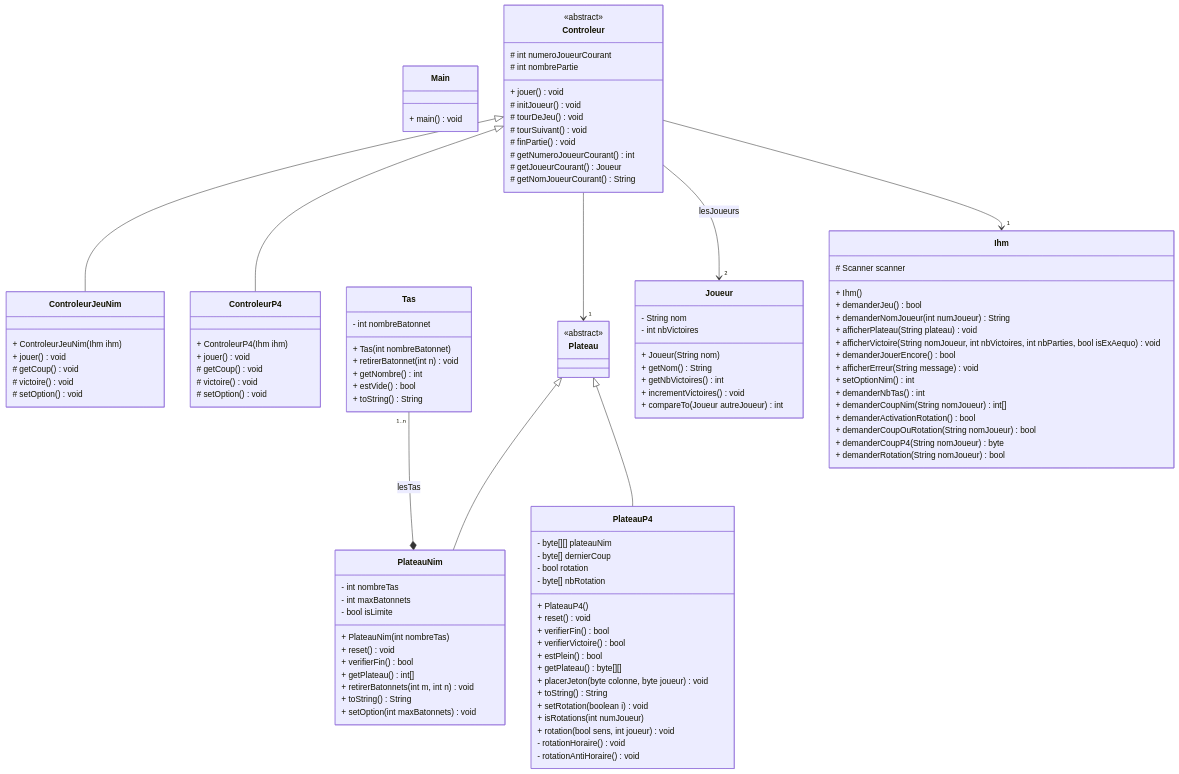
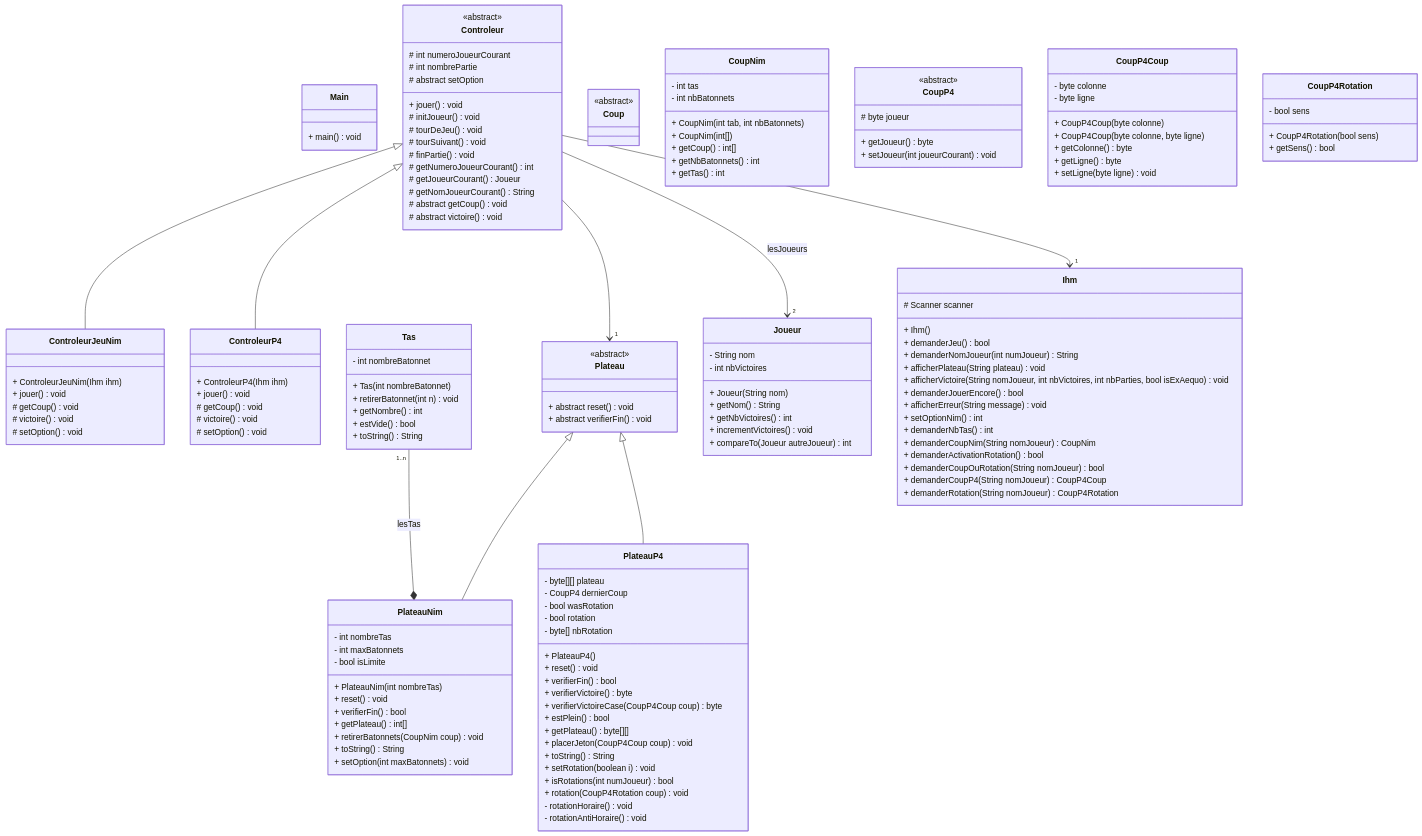
One commit to Kaawan-d20/CDA changed the second of 2 diagrams in Document/Iteration4/Iteration4.md. Above: the diagram before and after it, drawn with Mermaid. The commit also changed 10 other files, not shown here.

```diff
--- a/Document/Iteration4/Iteration4.md
+++ b/Document/Iteration4/Iteration4.md
@@ -215,10 +215,15 @@
         # getNumeroJoueurCourant() int
         # getJoueurCourant() Joueur
         # getNomJoueurCourant() String
+
+        # abstract getCoup() void
+        # abstract victoire() void
+        # abstract setOption
     }
 
     class ControleurJeuNim{
         + ControleurJeuNim(Ihm ihm)
+
         + jouer() void
         # getCoup() void
         # victoire() void
@@ -236,7 +241,11 @@
     Controleur <|-- ControleurJeuNim
     Controleur <|-- ControleurP4
 
-    class Plateau {<<abstract>>}
+    class Plateau {
+        <<abstract>>
+        + abstract reset() void
+        + abstract verifierFin() void
+    }
     class PlateauNim {
         - int nombreTas
         - int maxBatonnets
@@ -246,28 +255,30 @@
         + reset() void
         + verifierFin() bool
         + getPlateau() int[]
-        + retirerBatonnets(int m, int n) void
+        + retirerBatonnets(CoupNim coup) void
         + toString() String
         + setOption(int maxBatonnets) void
     }
 
     class PlateauP4 {
-        - byte[][] plateauNim
-        - byte[] dernierCoup
+        - byte[][] plateau
+        - CoupP4 dernierCoup
+        - bool wasRotation
         - bool rotation
         - byte[] nbRotation
 
         + PlateauP4()
         + reset() void
         + verifierFin() bool
-        + verifierVictoire() bool
+        + verifierVictoire() byte
+        + verifierVictoireCase(CoupP4Coup coup) byte
         + estPlein() bool
         + getPlateau() byte[][]
-        + placerJeton(byte colonne, byte joueur) void
+        + placerJeton(CoupP4Coup coup) void
         + toString() String 
         + setRotation(boolean i) void
-        + isRotations(int numJoueur)
-        + rotation(bool sens, int joueur) void
+        + isRotations(int numJoueur) bool
+        + rotation(CoupP4Rotation coup) void
         - rotationHoraire() void
         - rotationAntiHoraire() void
 
@@ -317,13 +328,58 @@
 
         + setOptionNim() int
         + demanderNbTas() int
-        + demanderCoupNim(String nomJoueur) int[]
+        + demanderCoupNim(String nomJoueur) CoupNim
         
         + demanderActivationRotation() bool
         + demanderCoupOuRotation(String nomJoueur) bool
-        + demanderCoupP4(String nomJoueur) byte
-        + demanderRotation(String nomJoueur) bool
+        + demanderCoupP4(String nomJoueur) CoupP4Coup
+        + demanderRotation(String nomJoueur) CoupP4Rotation
     }
+
+
+    class Coup {<<abstract>>}
+    class CoupNim {
+        - int tas
+        - int nbBatonnets
+
+        + CoupNim(int tab, int nbBatonnets)
+        + CoupNim(int[])
+
+        + getCoup() int[]
+        + getNbBatonnets() int
+        + getTas() int
+    }
+    class CoupP4 {
+        <<abstract>>
+        # byte joueur
+        
+        + getJoueur() byte
+        + setJoueur(int joueurCourant) void
+    }
+
+    class CoupP4Coup {
+        - byte colonne
+        - byte ligne
+
+        + CoupP4Coup(byte colonne)
+        + CoupP4Coup(byte colonne, byte ligne)
+
+        + getColonne() byte
+        + getLigne() byte
+        + setLigne(byte ligne) void
+    }
+
+    class CoupP4Rotation {
+        - bool sens
+
+        + CoupP4Rotation(bool sens)
+
+        + getSens() bool
+    }
+
+
+
+
 
 
     Controleur --> "1" Plateau
```
